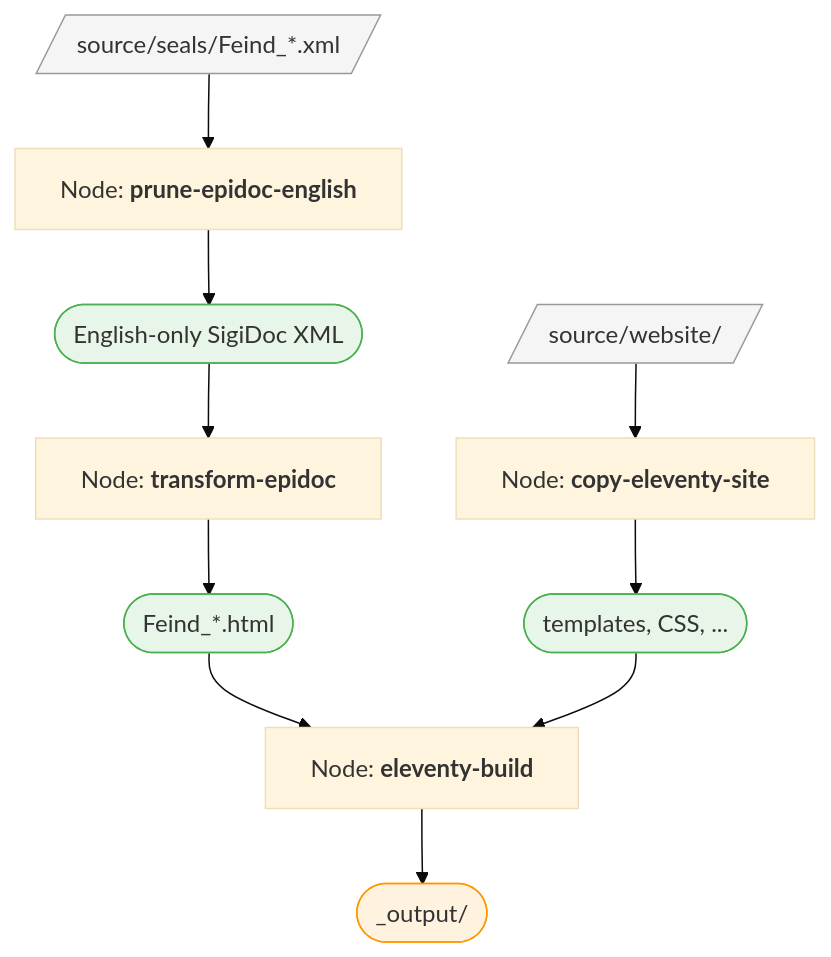
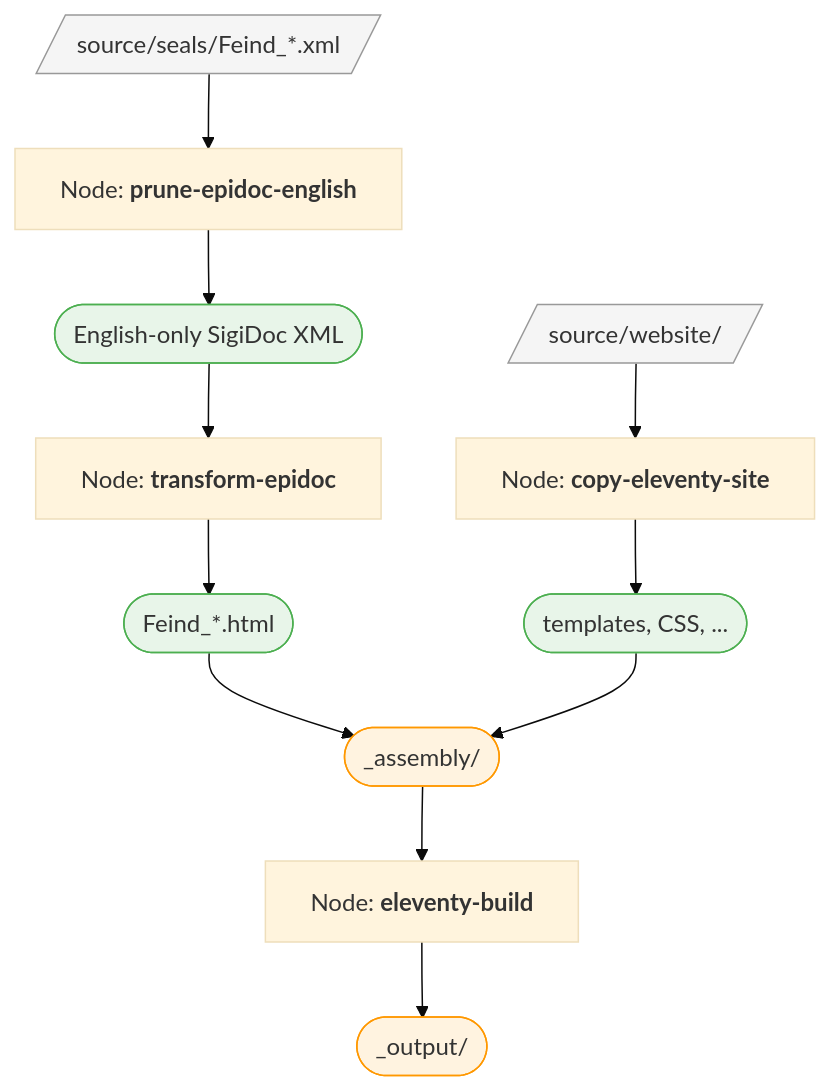
The diagram in docs/tutorial/adding-content.md (olvidalo/efes-ng-prototype), drawn with Mermaid (base theme) before and after one commit. The commit also changed other lines of this file and 113 other files, not shown here.

````diff
--- a/docs/tutorial/adding-content.md
+++ b/docs/tutorial/adding-content.md
@@ -279,30 +291,33 @@
 ```mermaid
 flowchart TD
   seals[/"source/seals/Feind_*.xml"/]
   templates[/"source/website/"/]
 
   prune["Node: <b>prune-epidoc-english</b>"]
   transform["Node: <b>transform-epidoc</b>"]
   copy["Node: <b>copy-eleventy-site</b>"]
   build["Node: <b>eleventy-build</b>"]
 
   pruned(["English-only SigiDoc XML"])
   html(["Feind_*.html"])
   site(["templates, CSS, ..."])
+  assembly(["_assembly/"])
   output(["_output/"])
 
   seals --> prune --> pruned
   pruned --> transform --> html
   templates --> copy --> site
 
-  html --> build
-  site --> build
+  html --> assembly
+  site --> assembly
+  assembly --> build
   build --> output
 
   style seals fill:#f5f5f5,stroke:#999
   style templates fill:#f5f5f5,stroke:#999
   style pruned fill:#e8f5e9,stroke:#4caf50
   style html fill:#e8f5e9,stroke:#4caf50
   style site fill:#e8f5e9,stroke:#4caf50
+  style assembly fill:#fff3e0,stroke:#ff9800
   style output fill:#fff3e0,stroke:#ff9800
 ```
````
